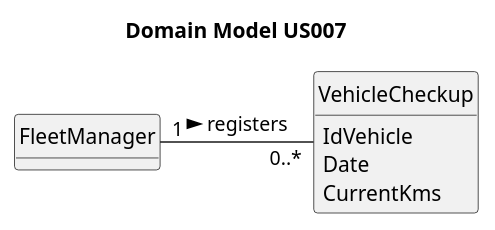
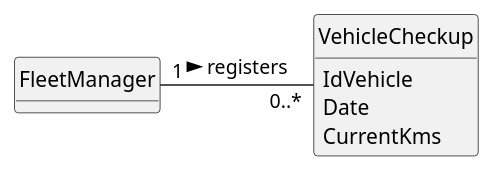
Before and after one commit to ricardomm7/leaflink: the diagram in docs/sprintA/us007/02.analysis/puml/us007-domain-model.puml, drawn with PlantUML.

Commit message:
Glossary update

```diff
--- a/docs/sprintA/us007/02.analysis/puml/us007-domain-model.puml
+++ b/docs/sprintA/us007/02.analysis/puml/us007-domain-model.puml
@@ -1,26 +1,24 @@
 @startuml
 skinparam monochrome true
 skinparam packageStyle rectangle
 skinparam shadowing false
 
 'left to right direction
 
 skinparam classAttributeIconSize 0
 
 hide circle
 hide methods
-
-title Domain Model US007
 
 class FleetManager {
 
 }
 
 class VehicleCheckup {
     IdVehicle
     Date
     CurrentKms
 }
 
 FleetManager "1" - "0..*" VehicleCheckup : registers >
 @enduml
```
